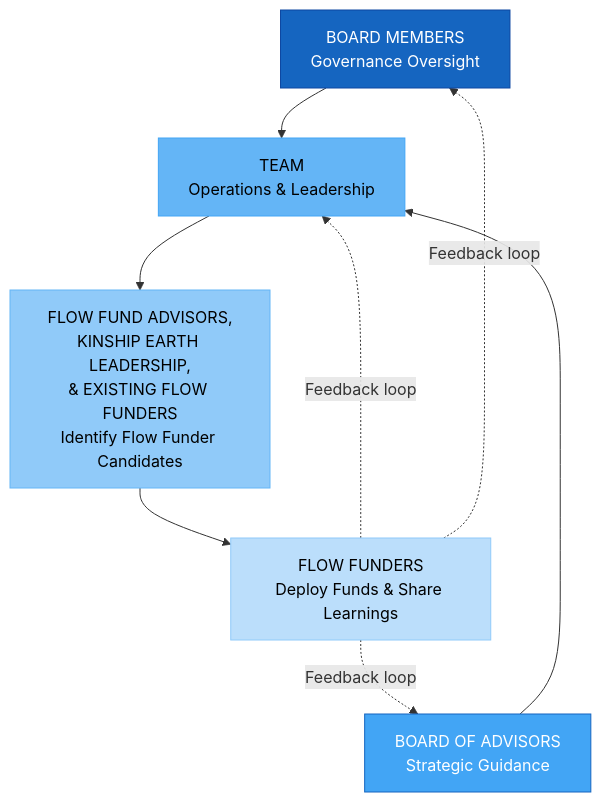
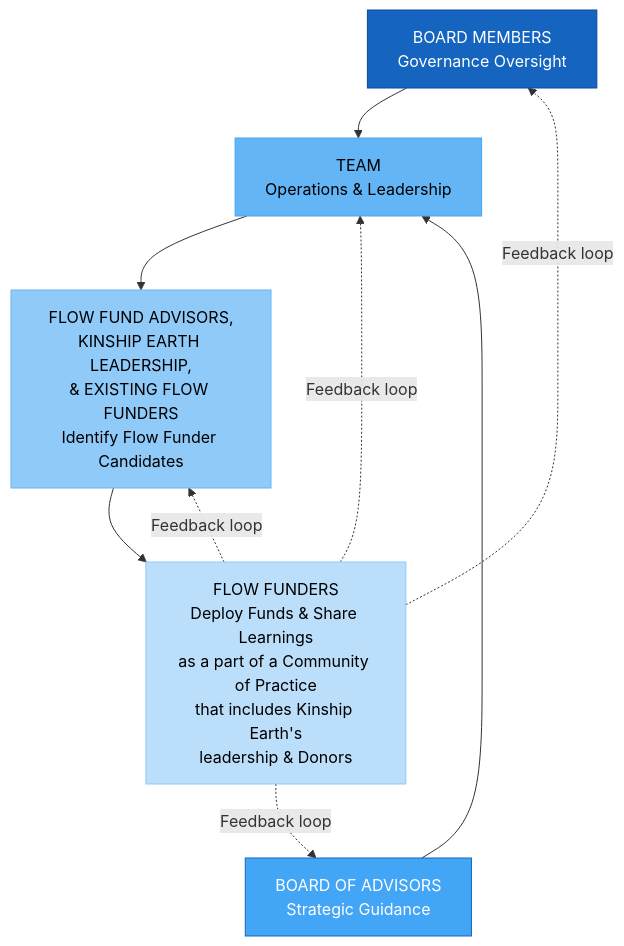
One commit to Light-Brands/sydney changed the third of 4 diagrams in kinship-earth/EXECUTIVE-SUMMARY.md. Above: the diagram before and after it, drawn with Mermaid.

Commit message:
Reorganize governance structure diagram
- Board Members and Board of Advisors now render parallel at the top
  using Mermaid's `&` syntax for side-by-side node layout
- Added feedback loop from Flow Funders to Flow Fund Advisors
- Updated Flow Funders box to include Community of Practice language:
  "Deploy Funds & Share Learnings as a part of a Community of Practice
  that includes Kinship Earth's leadership & Donors"

https://claude.ai/code/session_011KqU2c1gk24YAbiLo46mRm

````diff
--- a/kinship-earth/EXECUTIVE-SUMMARY.md
+++ b/kinship-earth/EXECUTIVE-SUMMARY.md
@@ -172,22 +172,22 @@
 ```mermaid
 flowchart TD
     BOARD["BOARD MEMBERS<br/>Governance Oversight"]
     BOA["BOARD OF ADVISORS<br/>Strategic Guidance"]
     TEAM["TEAM<br/>Operations & Leadership"]
     FFA["FLOW FUND ADVISORS,<br/>KINSHIP EARTH LEADERSHIP,<br/>& EXISTING FLOW FUNDERS<br/>Identify Flow Funder Candidates"]
-    FF["FLOW FUNDERS<br/>Deploy Funds & Share Learnings"]
+    FF["FLOW FUNDERS<br/>Deploy Funds & Share Learnings<br/>as a part of a Community of Practice<br/>that includes Kinship Earth's<br/>leadership & Donors"]
 
-    BOARD --> TEAM
-    BOA --> TEAM
+    BOARD & BOA --> TEAM
     TEAM --> FFA
     FFA --> FF
     FF -.->|"Feedback loop"| TEAM
     FF -.->|"Feedback loop"| BOARD
     FF -.->|"Feedback loop"| BOA
+    FF -.->|"Feedback loop"| FFA
 
     style BOARD fill:#1565C0,stroke:#0D47A1,color:#fff
     style BOA fill:#42A5F5,stroke:#1565C0,color:#fff
     style TEAM fill:#64B5F6,stroke:#42A5F5,color:#000
     style FFA fill:#90CAF9,stroke:#64B5F6,color:#000
     style FF fill:#BBDEFB,stroke:#90CAF9,color:#000
 ```
````
